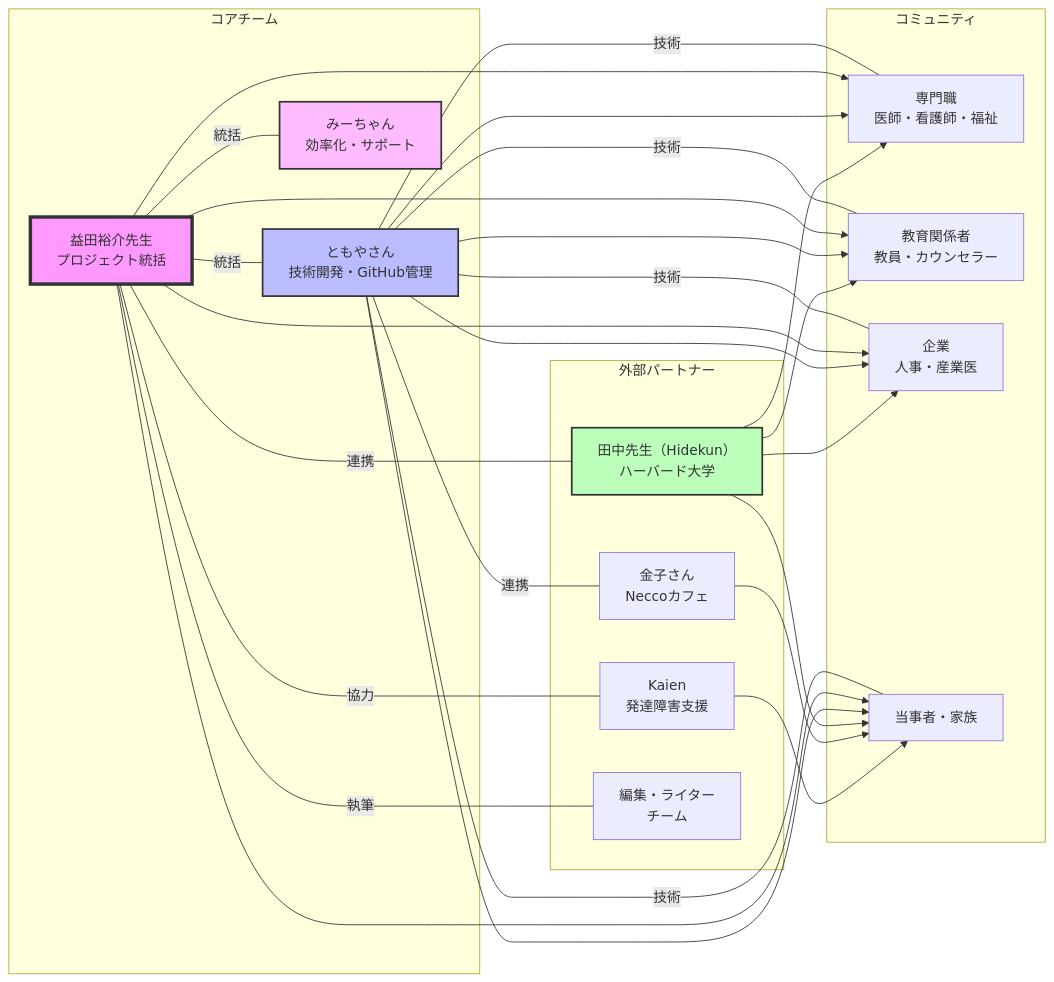
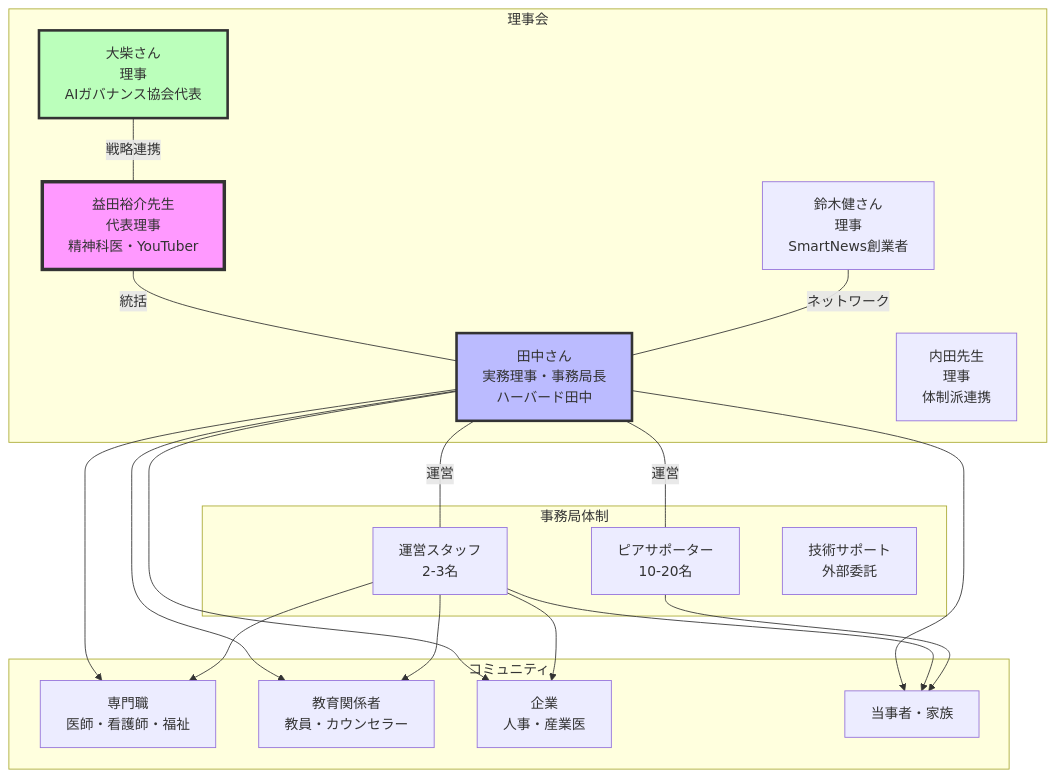
One commit to masudamasuda/AI_Mental_Self_Care changed the second of 6 diagrams in AI-mental-health-integration-master.md. Above: the diagram before and after it, drawn with Mermaid. The commit also changed other lines of this file, not shown here.

````diff
--- a/AI-mental-health-integration-master.md
+++ b/AI-mental-health-integration-master.md
@@ -874,38 +938,36 @@
 ```mermaid
-graph LR
-    subgraph "コアチーム"
-        YM[益田裕介先生<br/>プロジェクト統括]
-        TM[ともやさん<br/>技術開発・GitHub管理]
-        MC[みーちゃん<br/>効率化・サポート]
+graph TB
+    subgraph "理事会"
+        YM[益田裕介先生<br/>代表理事<br/>精神科医・YouTuber]
+        TJ[田中さん<br/>実務理事・事務局長<br/>ハーバード田中]
+        OS[大柴さん<br/>理事<br/>AIガバナンス協会代表]
+        SH[鈴木健さん<br/>理事<br/>SmartNews創業者]
+        UC[内田先生<br/>理事<br/>体制派連携]
     end
     
-    subgraph "外部パートナー"
-        TN[田中先生（Hidekun）<br/>ハーバード大学]
-        KN[金子さん<br/>Neccoカフェ]
-        KI[Kaien<br/>発達障害支援]
-        ED[編集・ライター<br/>チーム]
+    subgraph "事務局体制"
+        ST1[運営スタッフ<br/>2-3名]
+        PS[ピアサポーター<br/>10-20名]
+        TS[技術サポート<br/>外部委託]
     end
     
     subgraph "コミュニティ"
         PR[専門職<br/>医師・看護師・福祉]
         ED2[教育関係者<br/>教員・カウンセラー]
         CO[企業<br/>人事・産業医]
         US[当事者・家族]
     end
     
-    YM ---|統括| TM & MC
-    YM ---|連携| TN
-    TM ---|連携| KN
-    TM ---|技術| PR & ED2 & CO & US
-    YM ---|協力| KI
-    YM ---|執筆| ED
+    YM ---|統括| TJ
+    TJ ---|運営| ST1 & PS
+    OS ---|戦略連携| YM
+    SH ---|ネットワーク| TJ
     
-    YM & TM & TN --> PR & ED2 & CO & US
-    KN --> US
-    KI --> US
+    TJ --> PR & ED2 & CO & US
+    ST1 --> PR & ED2 & CO & US
+    PS --> US
     
     style YM fill:#f9f,stroke:#333,stroke-width:4px
-    style TM fill:#bbf,stroke:#333,stroke-width:2px
-    style MC fill:#fbf,stroke:#333,stroke-width:2px
-    style TN fill:#bfb,stroke:#333,stroke-width:2px
+    style TJ fill:#bbf,stroke:#333,stroke-width:3px
+    style OS fill:#bfb,stroke:#333,stroke-width:3px
 ```
````
